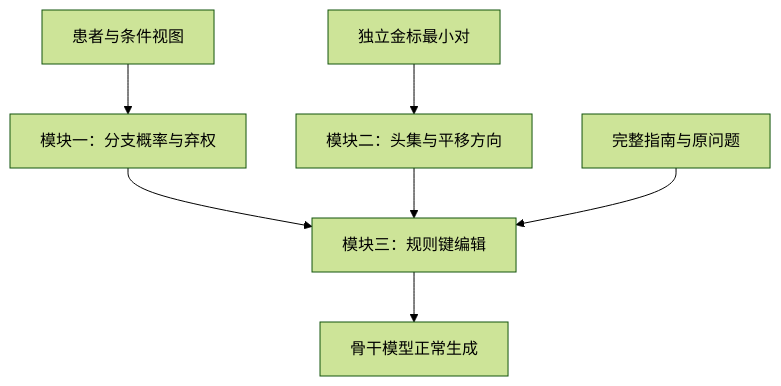
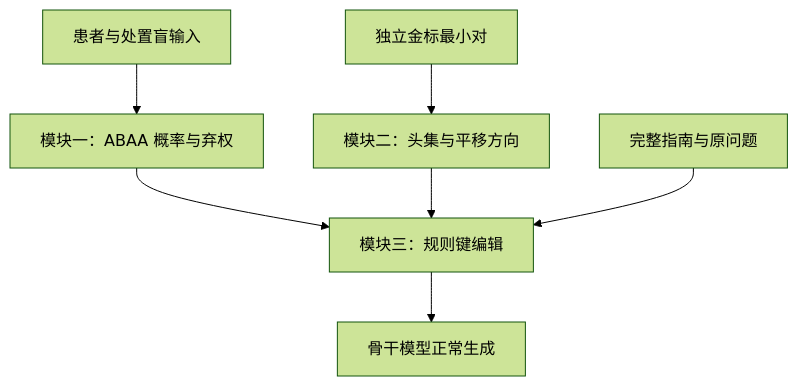
Before and after one commit to chunxi-alpc/TRIAGE: the diagram in README.md, drawn with Mermaid (forest theme). The commit also changed other lines of this file and 8 other files, not shown here.

````diff
--- a/README.md
+++ b/README.md
@@ -19,9 +19,9 @@
 ```mermaid
 flowchart TD
-  P["患者与条件视图"] --> M1["模块一：分支概率与弃权"]
+  P["患者与处置盲输入"] --> M1["模块一：ABAA 概率与弃权"]
   D["独立金标最小对"] --> M2["模块二：头集与平移方向"]
   M1 --> M3["模块三：规则键编辑"]
   M2 --> M3
   G["完整指南与原问题"] --> M3
   M3 --> Y["骨干模型正常生成"]
 ```
````
